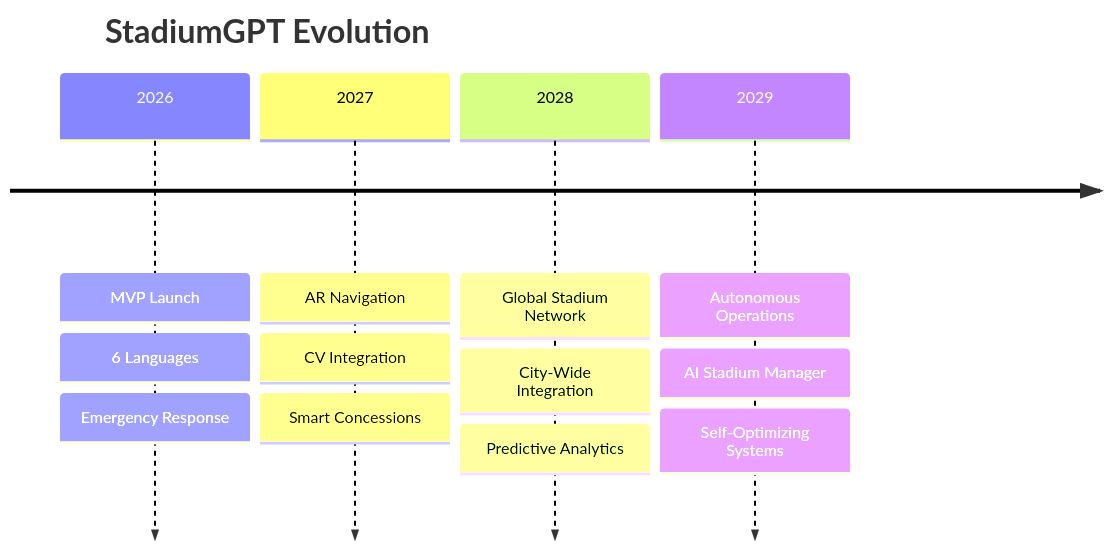
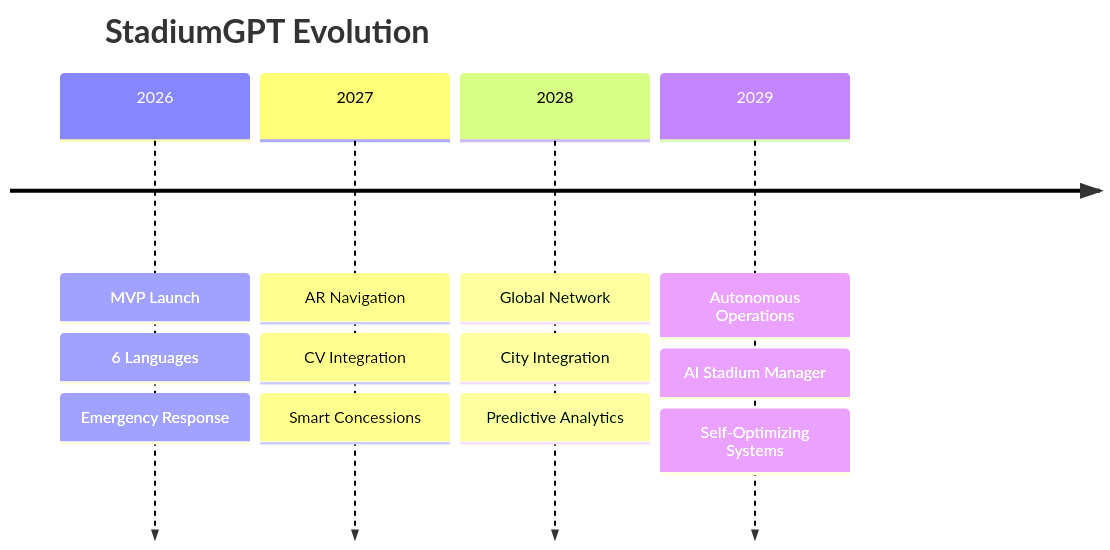
Before and after one commit to Riya-davra04/StadiumGPT-AI-Stadium-Assistant: diagram 22 of 22 in README.md, drawn with Mermaid. The commit also changed other lines of this file, not shown here.

````diff
--- a/README.md
+++ b/README.md
@@ -1068,16 +1009,16 @@
 ```mermaid
 timeline
     title StadiumGPT Evolution
     2026 : MVP Launch
          : 6 Languages
          : Emergency Response
     2027 : AR Navigation
          : CV Integration
          : Smart Concessions
-    2028 : Global Stadium Network
-         : City-Wide Integration
+    2028 : Global Network
+         : City Integration
          : Predictive Analytics
     2029 : Autonomous Operations
          : AI Stadium Manager
          : Self-Optimizing Systems
 ```
````
